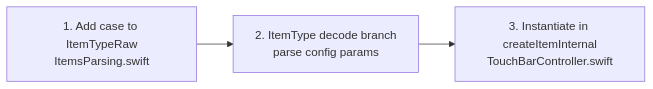
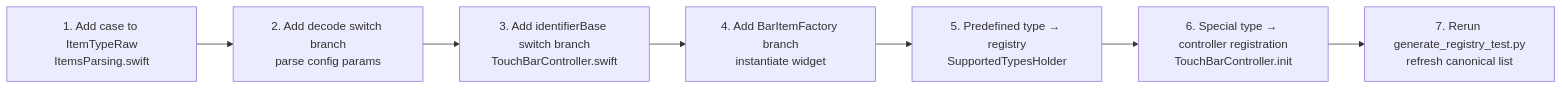
One commit to Tangzishun-Li/LyricsMTMR changed the second of 3 diagrams in LyricsMTMR/docs/developer-guide/internal-apis.en.md. Above: the diagram before and after it, drawn with Mermaid. The commit also changed other lines of this file and 7 other files, not shown here.

Commit message:
docs(round26): 子任务B — 注册表对账机制流程文档化（internal-apis zh/en §2.3 三步→六处注册点+重跑脚本流程 + ITEMS_REFERENCE 指引段 + generate_registry_test.py ROOT 自定位/REQUIRED_FIELDS 说明 + TECHNICAL_DEBT 前置条件状态更新 + 交付核对报告）

````diff
--- a/LyricsMTMR/docs/developer-guide/internal-apis.en.md
+++ b/LyricsMTMR/docs/developer-guide/internal-apis.en.md
@@ -65,5 +67,9 @@
 ```mermaid
 flowchart LR
-  A[1. Add case to ItemTypeRaw<br/>ItemsParsing.swift] --> B[2. ItemType decode branch<br/>parse config params]
-  B --> C[3. Instantiate in createItemInternal<br/>TouchBarController.swift]
+  A[1. Add case to ItemTypeRaw<br/>ItemsParsing.swift] --> B[2. Add decode switch branch<br/>parse config params]
+  B --> C[3. Add identifierBase switch branch<br/>TouchBarController.swift]
+  C --> D[4. Add BarItemFactory branch<br/>instantiate widget]
+  D --> E[5. Predefined type → registry<br/>SupportedTypesHolder]
+  E --> F[6. Special type → controller registration<br/>TouchBarController.init]
+  F --> G[7. Rerun generate_registry_test.py<br/>refresh canonical list]
 ```
````
